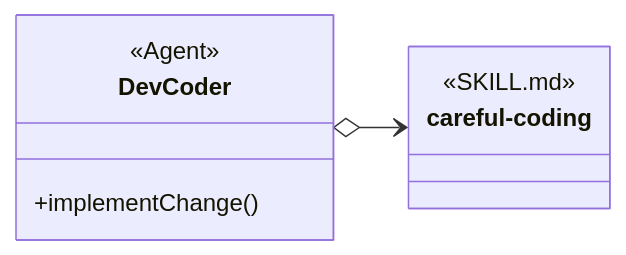
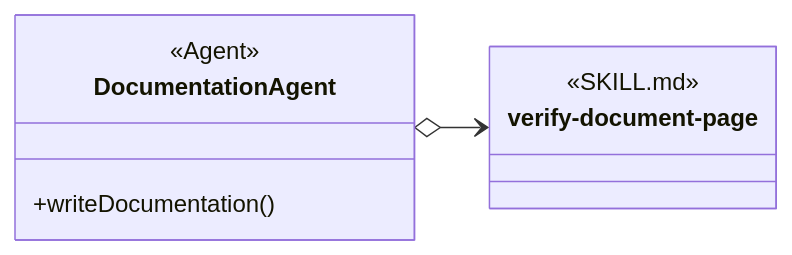
The first of 11 diagrams in design/object-oriented-agent-and-skill-model.md (martinbechard/dev-methodology), drawn with Mermaid before and after one commit. The commit also changed other lines of this file and 2 other files, not shown here.

````diff
--- a/design/object-oriented-agent-and-skill-model.md
+++ b/design/object-oriented-agent-and-skill-model.md
@@ -60,16 +60,16 @@
 ```mermaid
 classDiagram
     direction LR
 
-    class DevCoder {
+    class DocumentationAgent {
         <<Agent>>
-        +implementChange()
+        +writeDocumentation()
     }
 
-    class careful-coding {
+    class verify-document-page {
         <<SKILL.md>>
         <<Agent Skill>>
     }
 
-    DevCoder o--> careful-coding
+    DocumentationAgent o--> verify-document-page
 ```
````
